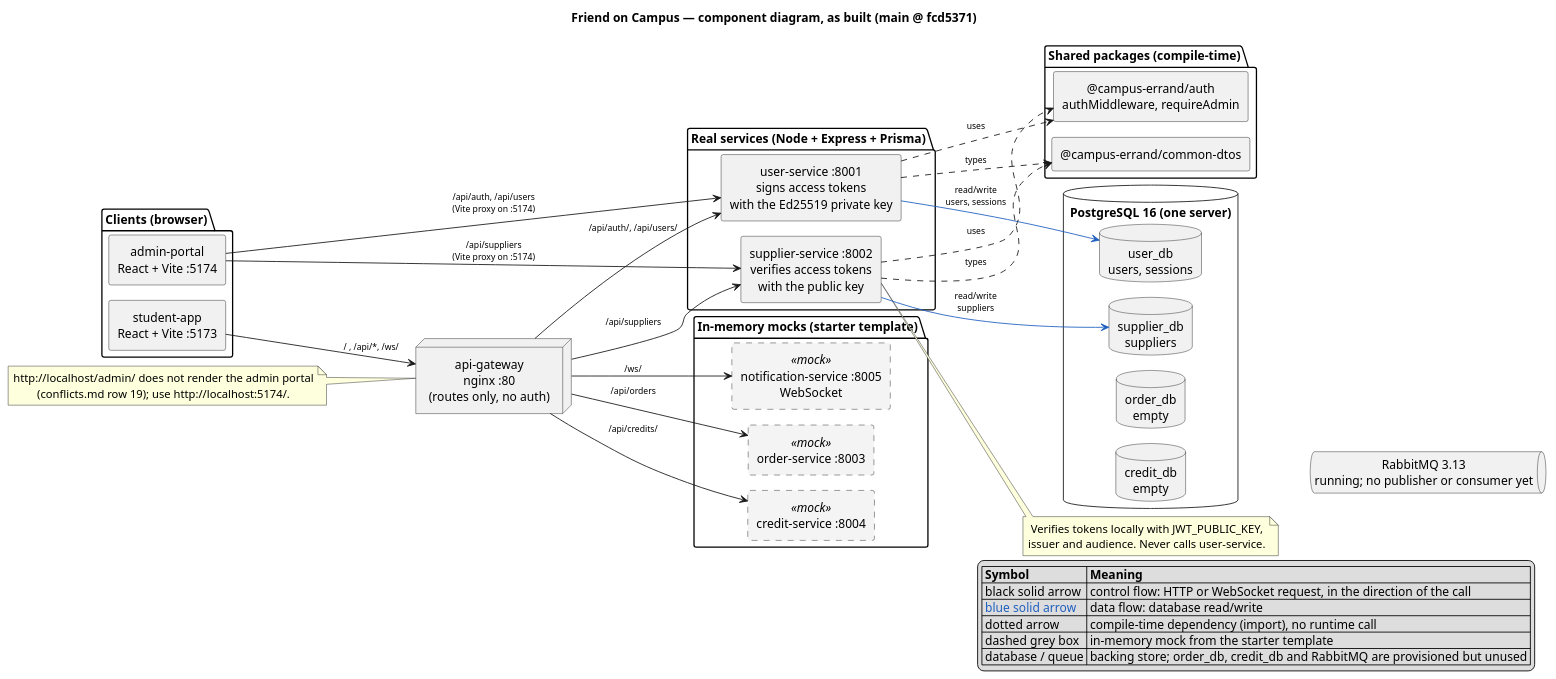
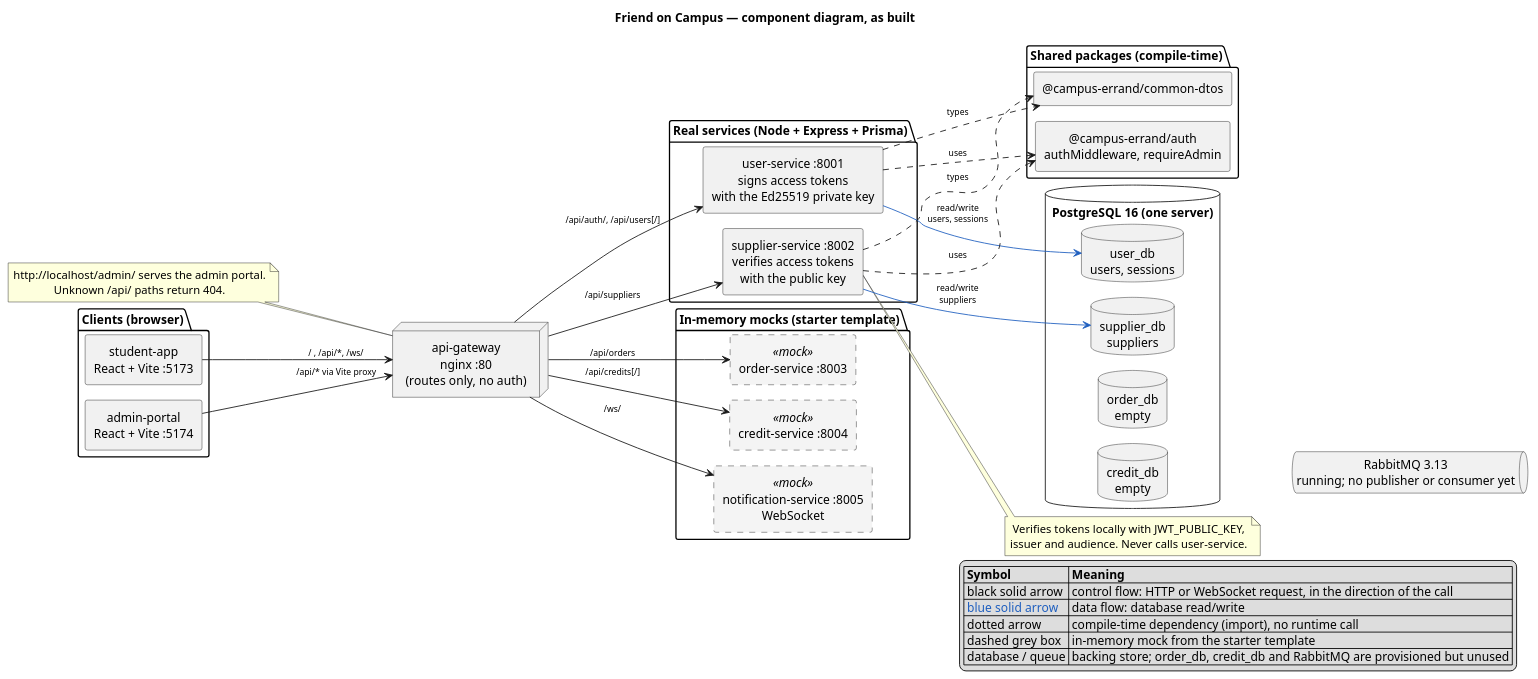
The diagram in docs/diagrams/component.puml (AY2627S1-CS3219-P25/friend-on-campus), drawn with PlantUML before and after one commit. The commit also changed 9 other files, not shown here.

```diff
--- a/docs/diagrams/component.puml
+++ b/docs/diagrams/component.puml
@@ -8,87 +8,86 @@
 @startuml component
 !pragma layout smetana
-title Friend on Campus — component diagram, as built (main @ fcd5371)
+title Friend on Campus — component diagram, as built
 left to right direction
 skinparam componentStyle rectangle
 skinparam shadowing false
 skinparam defaultTextAlignment center
 skinparam ArrowFontSize 10
 
 skinparam rectangle {
   BackgroundColor<<mock>> #F4F4F4
   BorderStyle<<mock>> dashed
 }
 
 package "Clients (browser)" {
   [student-app\nReact + Vite :5173] as SA
   [admin-portal\nReact + Vite :5174] as AP
 }
 
 node "api-gateway\nnginx :80\n(routes only, no auth)" as GW
 
 package "Real services (Node + Express + Prisma)" {
   [user-service :8001\nsigns access tokens\nwith the Ed25519 private key] as US
   [supplier-service :8002\nverifies access tokens\nwith the public key] as SS
 }
 
 package "In-memory mocks (starter template)" {
   rectangle "order-service :8003" <<mock>> as OS
   rectangle "credit-service :8004" <<mock>> as CS
   rectangle "notification-service :8005\nWebSocket" <<mock>> as NS
 }
 
 package "Shared packages (compile-time)" {
   [@campus-errand/auth\nauthMiddleware, requireAdmin] as AUTH
   [@campus-errand/common-dtos] as DTO
 }
 
 database "PostgreSQL 16 (one server)" {
   database "user_db\nusers, sessions" as UDB
   database "supplier_db\nsuppliers" as SDB
   database "order_db\nempty" as ODB
   database "credit_db\nempty" as CDB
 }
 
 queue "RabbitMQ 3.13\nrunning; no publisher or consumer yet" as MQ
 
 ' ---- control flow: HTTP / WebSocket requests (solid, black)
 SA --> GW : "/ , /api/*, /ws/"
-AP --> US : "/api/auth, /api/users\n(Vite proxy on :5174)"
-AP --> SS : "/api/suppliers\n(Vite proxy on :5174)"
-GW --> US : "/api/auth/, /api/users/"
+AP --> GW : "/api/* via Vite proxy"
+GW --> US : "/api/auth/, /api/users[/]"
 GW --> SS : "/api/suppliers"
 GW --> OS : "/api/orders"
-GW --> CS : "/api/credits/"
+GW --> CS : "/api/credits[/]"
 GW --> NS : "/ws/"
 
 ' ---- data flow: reads and writes (solid, blue)
 US -[#1F5FBF]-> UDB : "read/write\nusers, sessions"
 SS -[#1F5FBF]-> SDB : "read/write\nsuppliers"
 
 ' keep RabbitMQ beside the databases
 CDB -[hidden]- MQ
 
 ' ---- compile-time dependency (dotted)
 US ..> AUTH : uses
 SS ..> AUTH : uses
 US ..> DTO : types
 SS ..> DTO : types
 
 legend right
   |= Symbol |= Meaning |
   | black solid arrow | control flow: HTTP or WebSocket request, in the direction of the call |
   | <color:#1F5FBF>blue solid arrow</color> | data flow: database read/write |
   | dotted arrow | compile-time dependency (import), no runtime call |
   | dashed grey box | in-memory mock from the starter template |
   | database / queue | backing store; order_db, credit_db and RabbitMQ are provisioned but unused |
 endlegend
 
 note right of SS
   Verifies tokens locally with JWT_PUBLIC_KEY,
   issuer and audience. Never calls user-service.
 end note
 note left of GW
-  http://localhost/admin/ does not render the admin portal
-  (conflicts.md row 19); use http://localhost:5174/.
+  http://localhost/admin/ serves the admin portal.
+  Unknown /api/ paths return 404.
 end note
 @enduml
```
